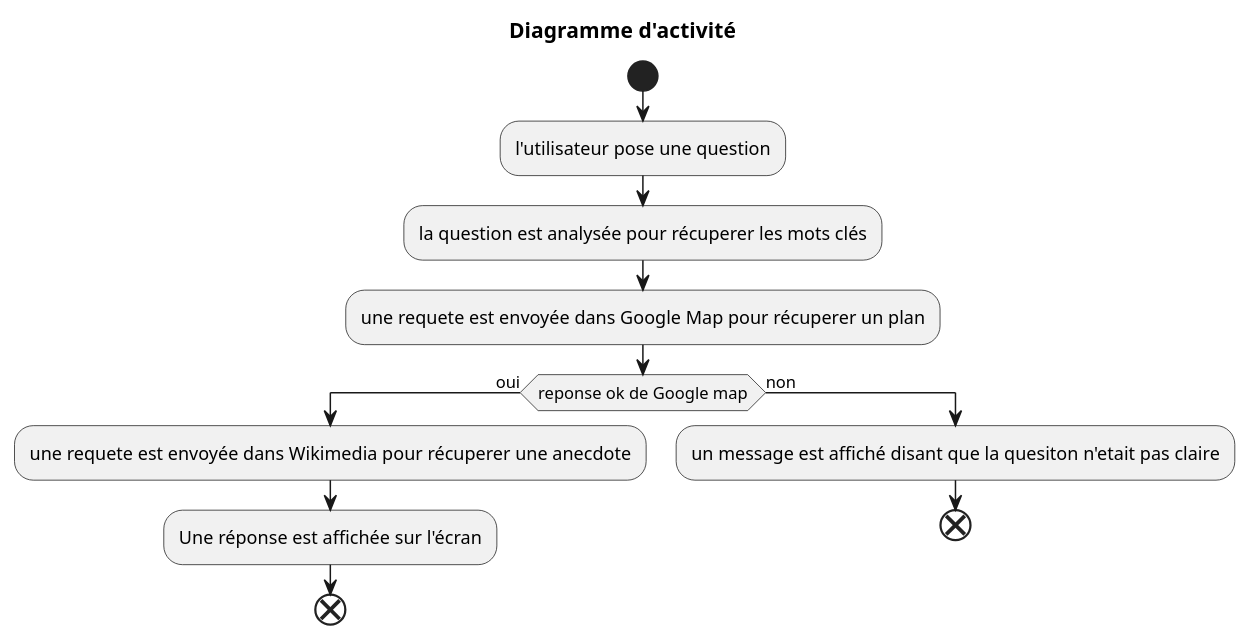
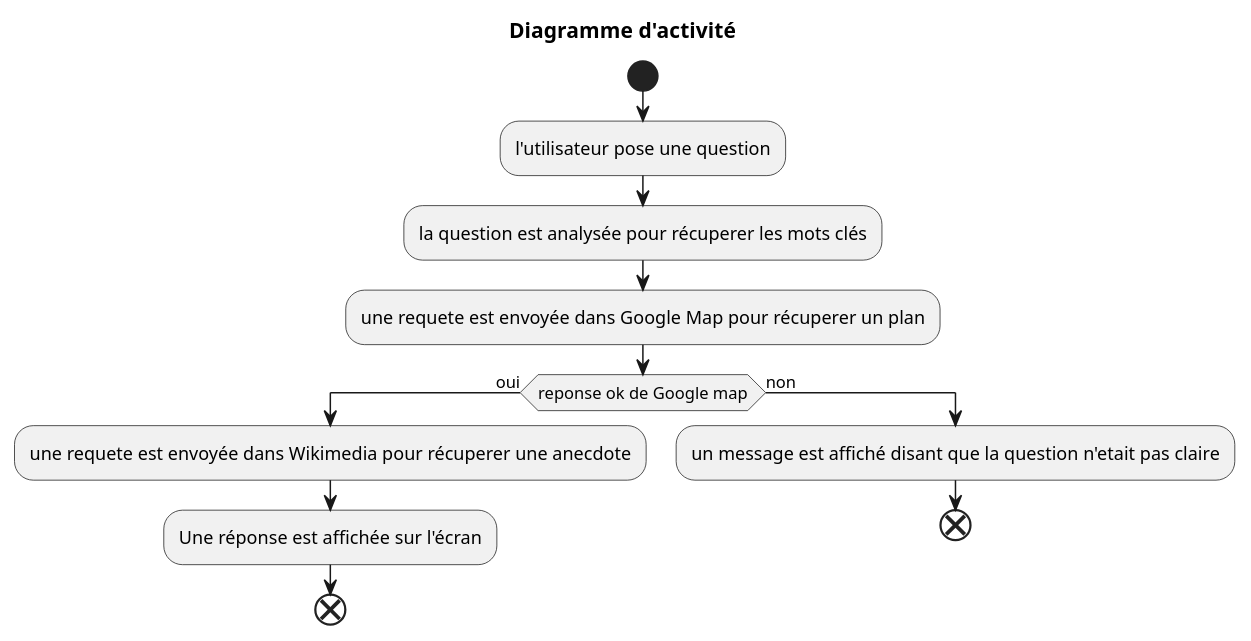
Before and after one commit to Zepmanbc/oc_dapython_pr7: the diagram in doc/uml/04_activity.puml, drawn with PlantUML. The commit also changed 18 other files, not shown here.

Commit message:
rédaction du doc de soutenance corection d'orthographe mise à jourd des diagrammes

```diff
--- a/doc/uml/04_activity.puml
+++ b/doc/uml/04_activity.puml
@@ -1,16 +1,16 @@
 @startuml 04_activity
 title Diagramme d'activité
 
 start
 :l'utilisateur pose une question;
 :la question est analysée pour récuperer les mots clés;
 :une requete est envoyée dans Google Map pour récuperer un plan;
 if (reponse ok de Google map) then (oui)
 :une requete est envoyée dans Wikimedia pour récuperer une anecdote;
 :Une réponse est affichée sur l'écran;
 end
 else (non)
-:un message est affiché disant que la quesiton n'etait pas claire;
+:un message est affiché disant que la question n'etait pas claire;
 end
 
 @enduml
```
